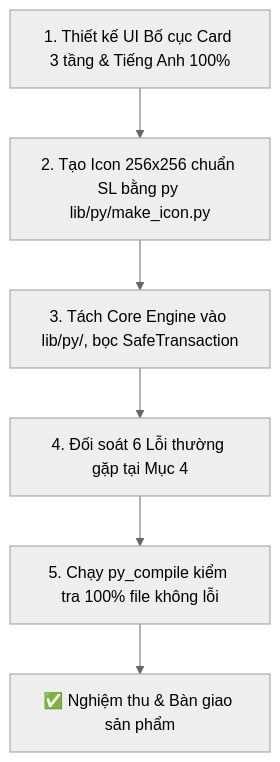
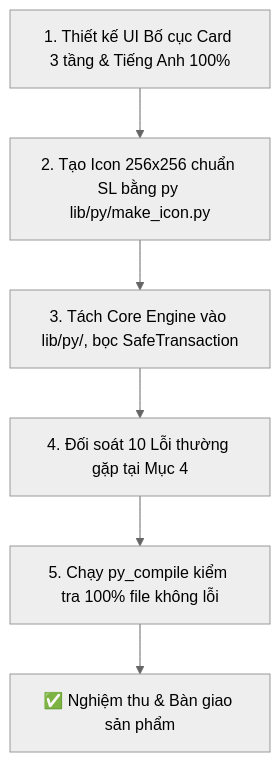
The diagram in docs/MEPANANA_DEVELOPER_PLAYBOOK.md (nguyen-hoang-hai/mepanana), drawn with Mermaid (neutral theme) before and after one commit. The commit also changed other lines of this file and 9 other files, not shown here.

````diff
--- a/docs/MEPANANA_DEVELOPER_PLAYBOOK.md
+++ b/docs/MEPANANA_DEVELOPER_PLAYBOOK.md
@@ -305,8 +415,8 @@
 ```mermaid
 graph TD
     Step1["1. Thiết kế UI Bố cục Card 3 tầng & Tiếng Anh 100%"] --> Step2["2. Tạo Icon 256x256 chuẩn SL bằng py lib/py/make_icon.py"]
     Step2 --> Step3["3. Tách Core Engine vào lib/py/, bọc SafeTransaction"]
-    Step3 --> Step4["4. Đối soát 6 Lỗi thường gặp tại Mục 4"]
+    Step3 --> Step4["4. Đối soát 10 Lỗi thường gặp tại Mục 4"]
     Step4 --> Step5["5. Chạy py_compile kiểm tra 100% file không lỗi"]
     Step5 --> Step6["✅ Nghiệm thu & Bàn giao sản phẩm"]
 ```
````
